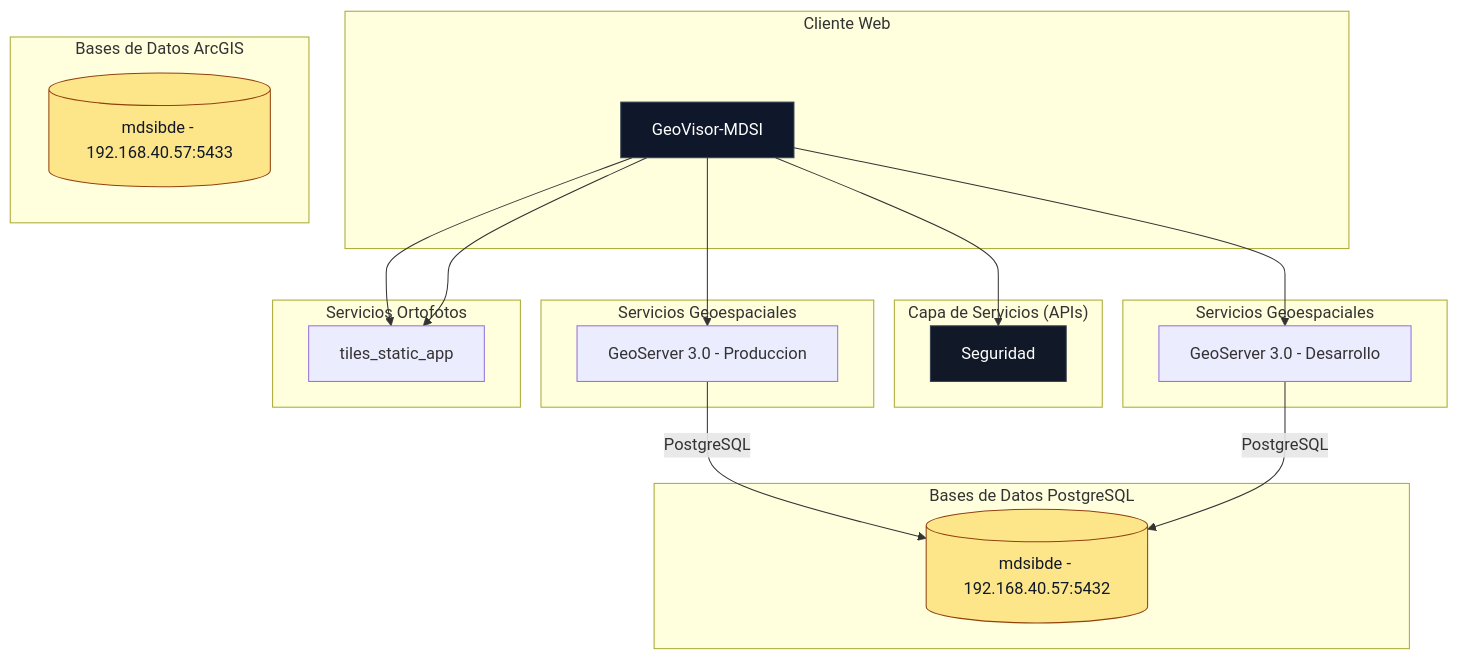
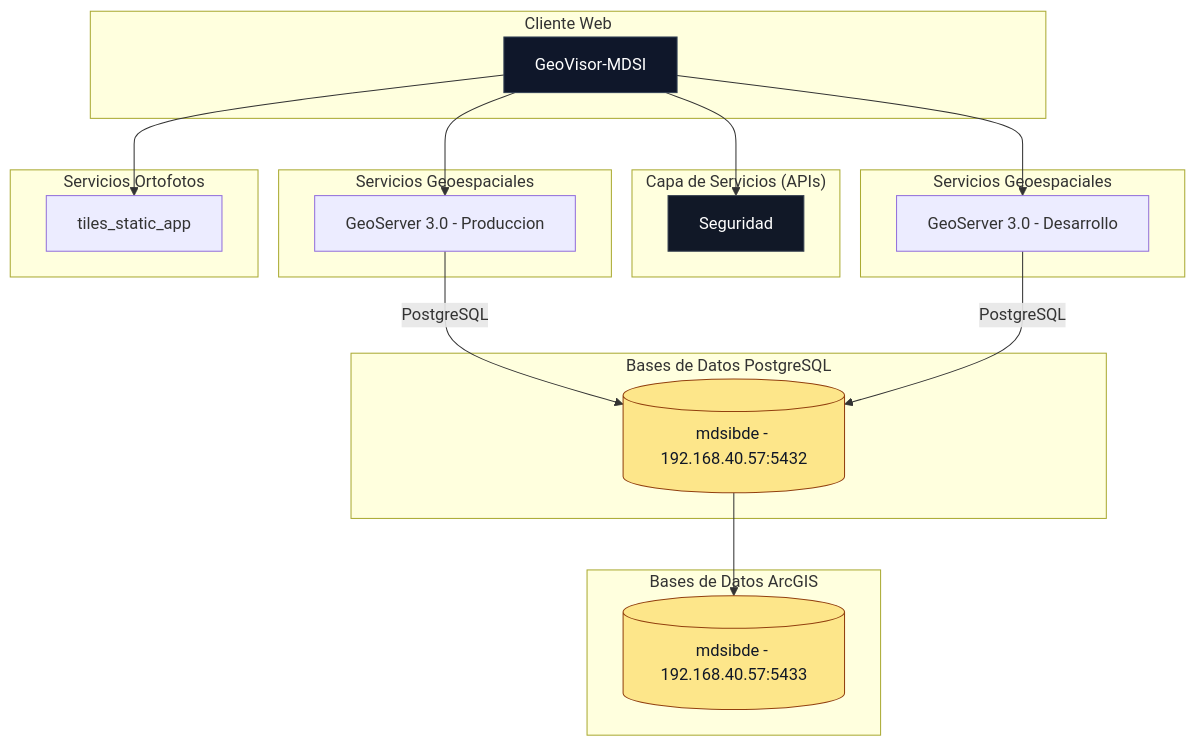
The diagram in README.md (mdsigeovisor/geovisormdsi), drawn with Mermaid before and after one commit.

````diff
--- a/README.md
+++ b/README.md
@@ -3,58 +3,58 @@
 ```mermaid
 graph TB
   %% =========================
   %% COMPONENTES
   %% =========================
   subgraph "Cliente Web"
     FRONT[GeoVisor-MDSI]
   end
 
   subgraph "Capa de Servicios (APIs)"
     AUTH[Seguridad]
   end
 
   subgraph "Bases de Datos PostgreSQL"
     DB1[(mdsibde - 192.168.40.57:5432)]
   end
 
   subgraph "Bases de Datos ArcGIS"
     DB2[(mdsibde - 192.168.40.57:5433)]
   end
   
   subgraph "Servicios Geoespaciales"
     GEOSERVER_PROD[GeoServer 3.0 - Produccion]
   end
 
   subgraph "Servicios Geoespaciales"
     GEOSERVER_DEV[GeoServer 3.0 - Desarrollo]
   end
 
   subgraph "Servicios Ortofotos"
     ORTOFOTOS[tiles_static_app]
   end
 
   %% =========================
   %% RELACIONES
   %% =========================
   FRONT --> AUTH
   FRONT --> GEOSERVER_PROD
   FRONT --> GEOSERVER_DEV
   FRONT --> ORTOFOTOS
-  FRONT --> ORTOFOTOS
+  DB1 --> DB2
   
   GEOSERVER_PROD -- "PostgreSQL" --> DB1
   GEOSERVER_DEV -- "PostgreSQL" --> DB1
   
 
   %% =========================
   %% ESTILOS
   %% =========================
   classDef front fill:#0f172a,stroke:#334155,stroke-width:1px,color:#fff;
   classDef service fill:#111827,stroke:#374151,stroke-width:1px,color:#fff;
   classDef db fill:#fde68a,stroke:#92400e,stroke-width:1px,color:#111827;
 
   class FRONT front;
   class AUTH,GEOSERVER service;
   class DB1 db;
   class DB2 db;
 ```
````
